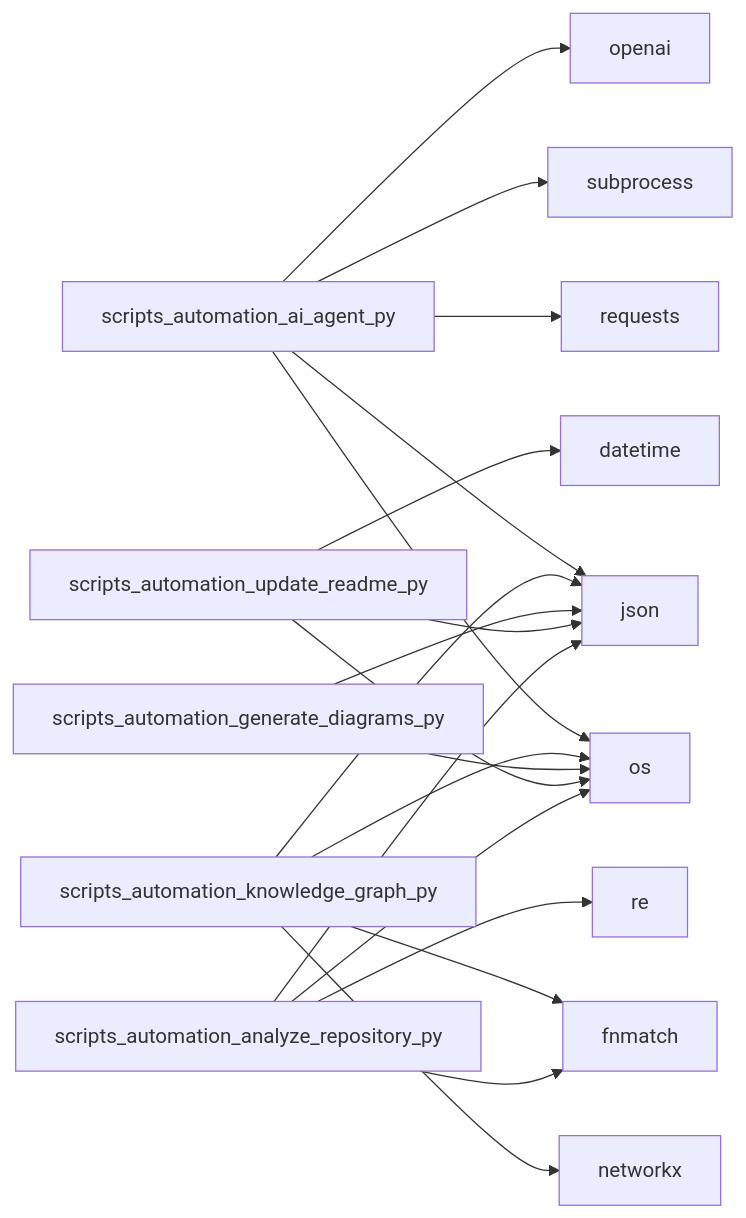
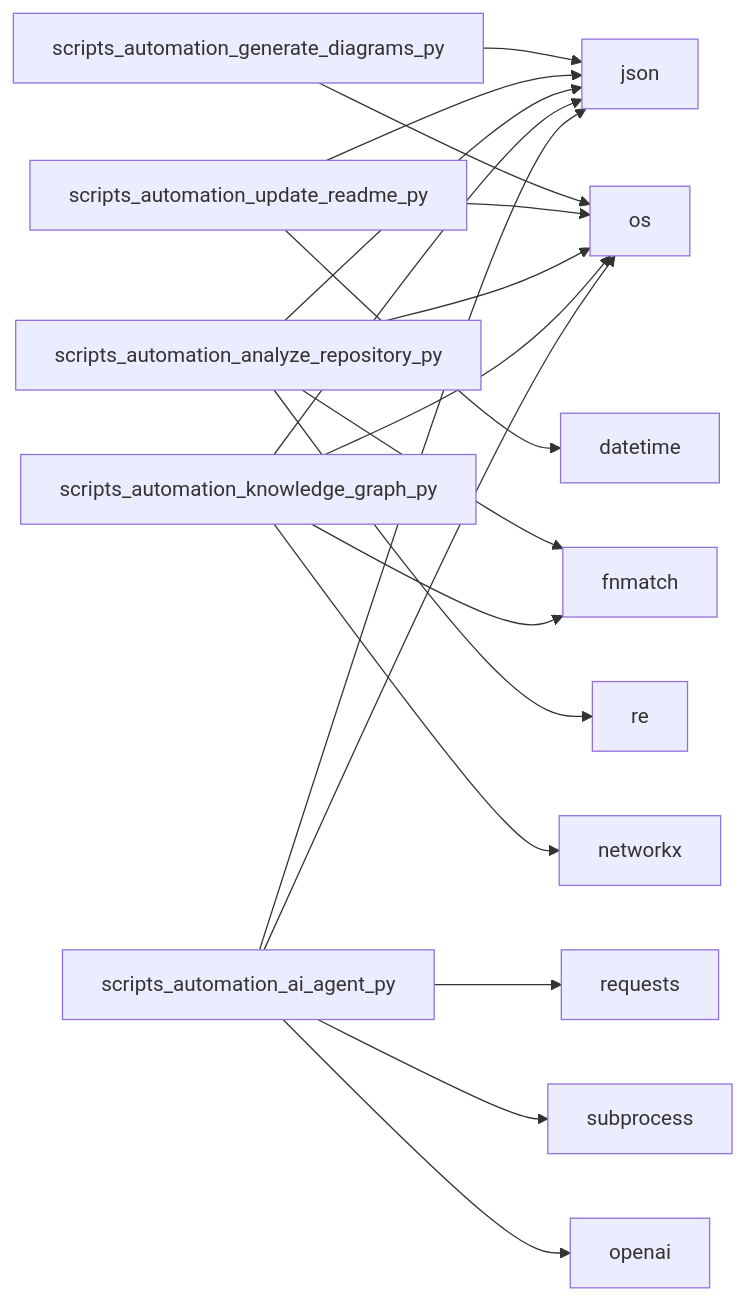
One commit to NITISH-R-G/FUTURE_DS_01 changed the second of 2 diagrams in README.md. Above: the diagram before and after it, drawn with Mermaid. The commit also changed other lines of this file and 3 other files, not shown here.

Commit message:
docs: auto-update repository state and diagrams [skip auto]

````diff
--- a/README.md
+++ b/README.md
@@ -39,21 +39,21 @@
 ```mermaid
 graph LR;
-    scripts_automation_ai_agent_py --> os;
-    scripts_automation_ai_agent_py --> requests;
-    scripts_automation_ai_agent_py --> json;
-    scripts_automation_ai_agent_py --> subprocess;
-    scripts_automation_ai_agent_py --> openai;
-    scripts_automation_knowledge_graph_py --> os;
-    scripts_automation_knowledge_graph_py --> json;
-    scripts_automation_knowledge_graph_py --> networkx;
-    scripts_automation_knowledge_graph_py --> fnmatch;
     scripts_automation_generate_diagrams_py --> json;
     scripts_automation_generate_diagrams_py --> os;
     scripts_automation_update_readme_py --> json;
     scripts_automation_update_readme_py --> os;
     scripts_automation_update_readme_py --> datetime;
     scripts_automation_analyze_repository_py --> os;
     scripts_automation_analyze_repository_py --> json;
     scripts_automation_analyze_repository_py --> fnmatch;
     scripts_automation_analyze_repository_py --> re;
+    scripts_automation_knowledge_graph_py --> os;
+    scripts_automation_knowledge_graph_py --> json;
+    scripts_automation_knowledge_graph_py --> networkx;
+    scripts_automation_knowledge_graph_py --> fnmatch;
+    scripts_automation_ai_agent_py --> os;
+    scripts_automation_ai_agent_py --> requests;
+    scripts_automation_ai_agent_py --> json;
+    scripts_automation_ai_agent_py --> subprocess;
+    scripts_automation_ai_agent_py --> openai;
 ```
````
